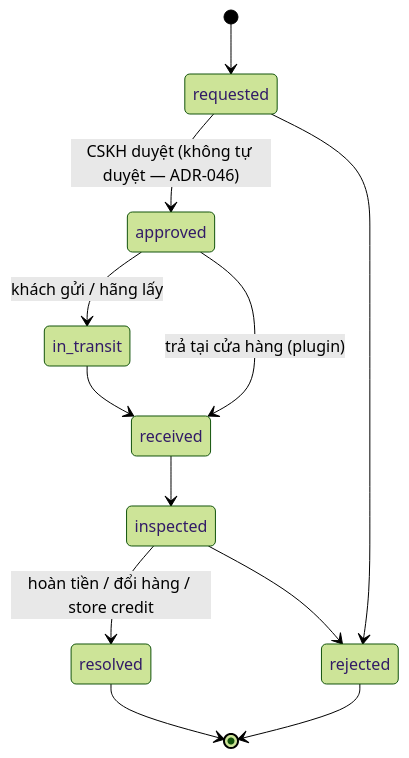
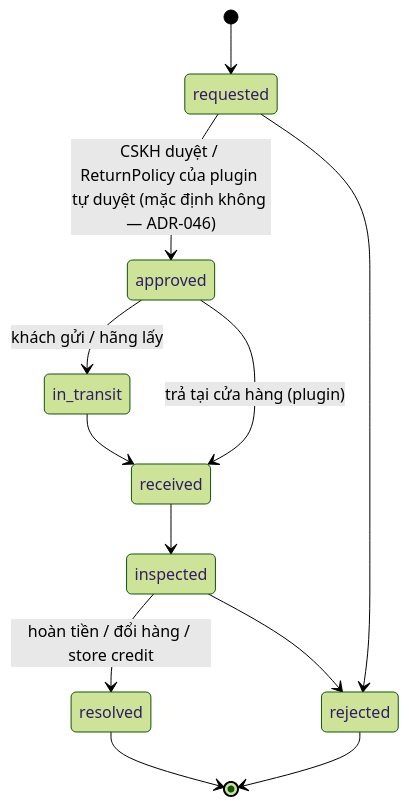
The third of 3 diagrams in docs/09-order/order.md (ptdat97/vanishop), drawn with Mermaid (forest theme) before and after one commit. The commit also changed other lines of this file and 6 other files, not shown here.

First line of the commit message:
ADR-046 bổ sung: giữ luồng tự động làm điểm mở rộng, mặc định có người

````diff
--- a/docs/09-order/order.md
+++ b/docs/09-order/order.md
@@ -153,14 +153,14 @@
 ```mermaid
 stateDiagram-v2
     [*] --> requested
-    requested --> approved: CSKH duyệt (không tự duyệt — ADR-046)
+    requested --> approved: CSKH duyệt / ReturnPolicy của plugin tự duyệt (mặc định không — ADR-046)
     requested --> rejected
     approved --> in_transit: khách gửi / hãng lấy
     approved --> received: trả tại cửa hàng (plugin)
     in_transit --> received
     received --> inspected
     inspected --> resolved: hoàn tiền / đổi hàng / store credit
     inspected --> rejected
     resolved --> [*]
     rejected --> [*]
 ```
````
